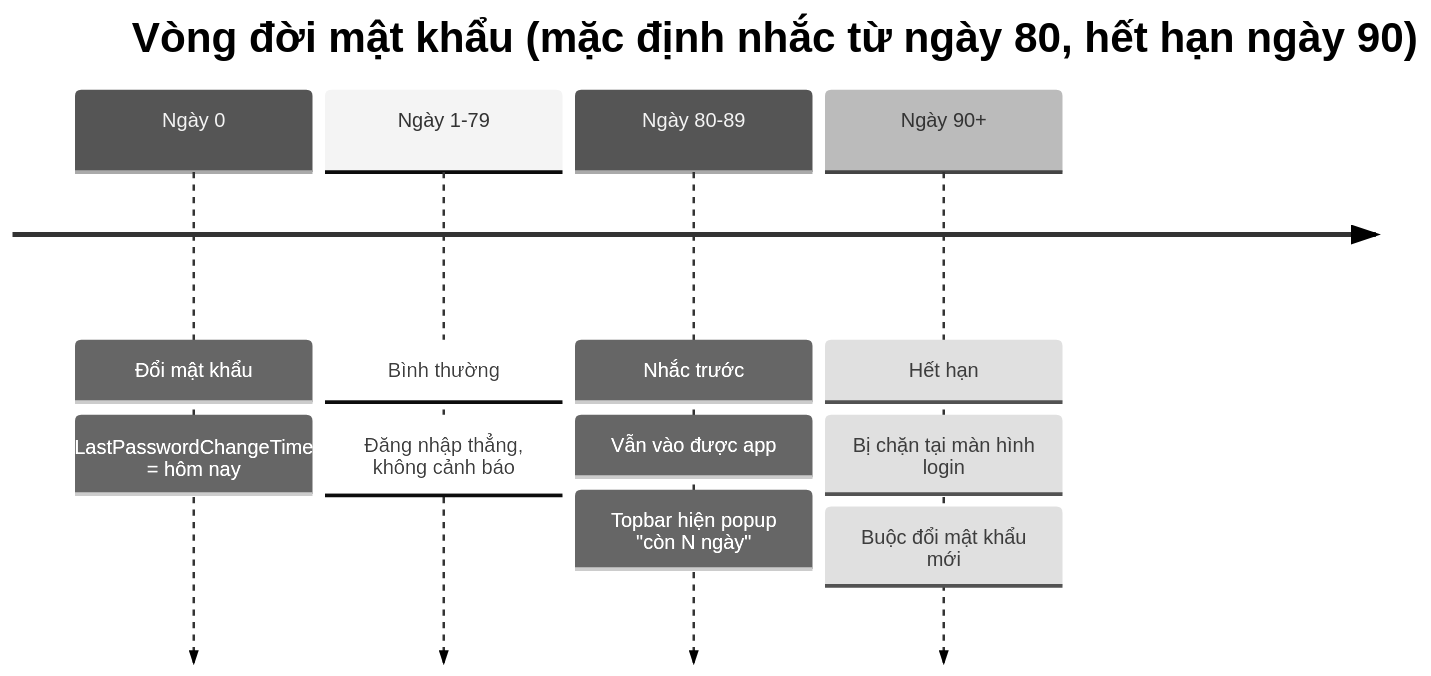
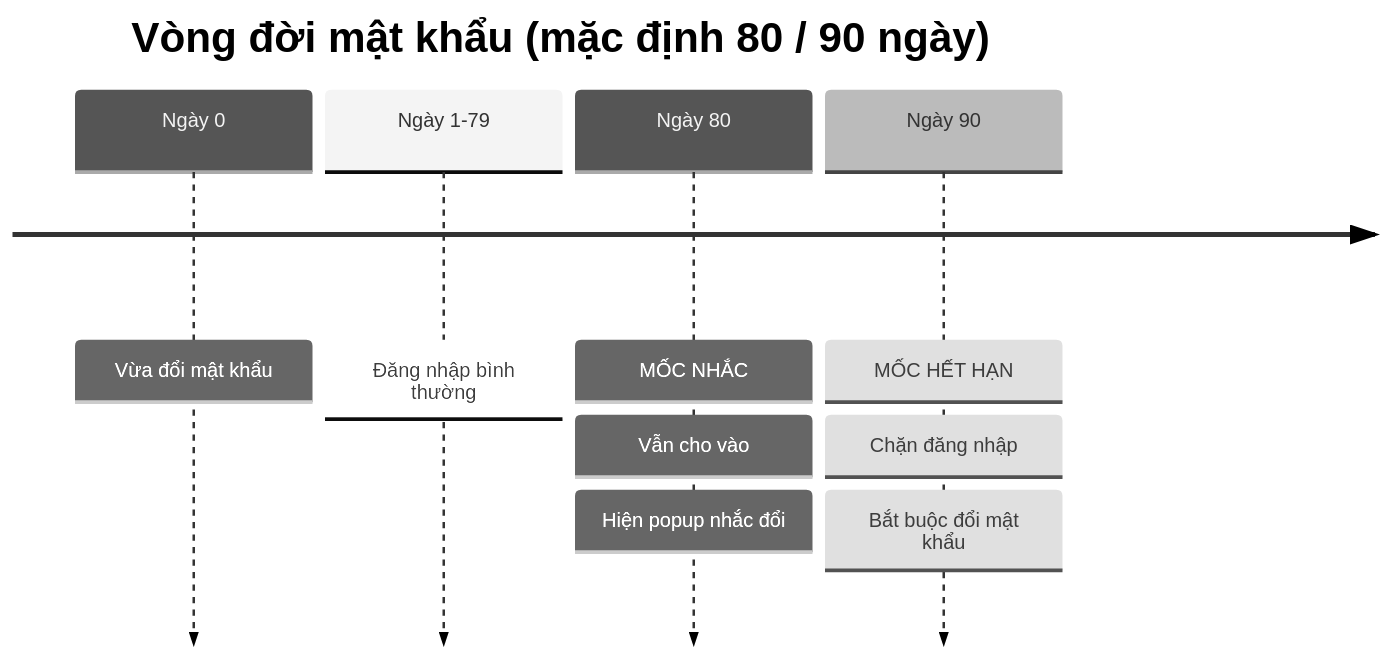
One commit to giangvanhung/mkdocs-antoanbaomat-ekmapserver changed the first of 3 diagrams in docs/password-expiration-feature.md. Above: the diagram before and after it, drawn with Mermaid (neutral theme). The commit also changed other lines of this file and 6 other files, not shown here.

````diff
--- a/docs/password-expiration-feature.md
+++ b/docs/password-expiration-feature.md
@@ -21,8 +7,8 @@
 ```mermaid
 timeline
-    title Vòng đời mật khẩu (mặc định nhắc từ ngày 80, hết hạn ngày 90)
-    Ngày 0 : Đổi mật khẩu : LastPasswordChangeTime = hôm nay
-    Ngày 1-79 : Bình thường : Đăng nhập thẳng, không cảnh báo
-    Ngày 80-89 : Nhắc trước : Vẫn vào được app : Topbar hiện popup "còn N ngày"
-    Ngày 90+ : Hết hạn : Bị chặn tại màn hình login : Buộc đổi mật khẩu mới
+    title Vòng đời mật khẩu (mặc định 80 / 90 ngày)
+    Ngày 0 : Vừa đổi mật khẩu
+    Ngày 1-79 : Đăng nhập bình thường
+    Ngày 80 : MỐC NHẮC : Vẫn cho vào : Hiện popup nhắc đổi
+    Ngày 90 : MỐC HẾT HẠN : Chặn đăng nhập : Bắt buộc đổi mật khẩu
 ```
````
